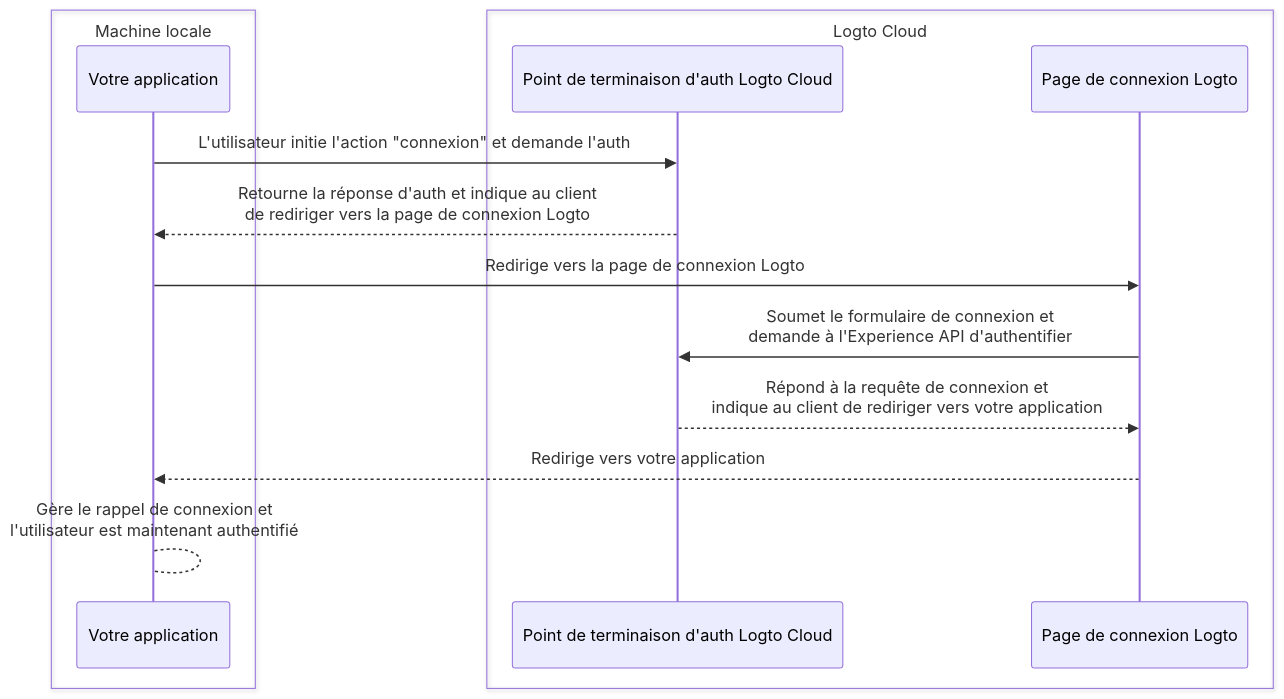
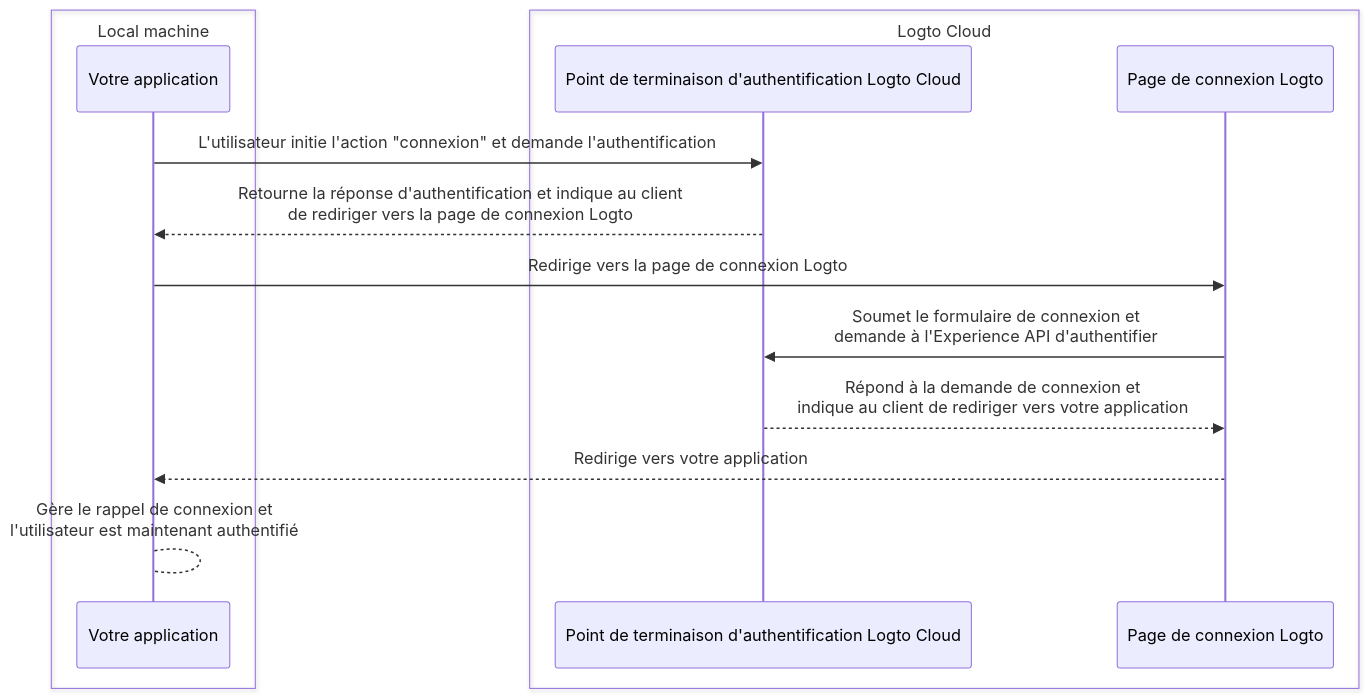
Before and after one commit to logto-io/docs: the first of 2 diagrams in i18n/fr/docusaurus-plugin-content-docs/current/customization/bring-your-ui/debug-and-test-your-custom-ui-locally.mdx, drawn with Mermaid. The commit also changed other lines of this file and 428 other files, not shown here.

````diff
--- a/i18n/fr/docusaurus-plugin-content-docs/current/customization/bring-your-ui/debug-and-test-your-custom-ui-locally.mdx
+++ b/i18n/fr/docusaurus-plugin-content-docs/current/customization/bring-your-ui/debug-and-test-your-custom-ui-locally.mdx
@@ -18,17 +18,17 @@
 ```mermaid
 sequenceDiagram
-    box Machine locale
+    box Local machine
     participant A as Votre application
     end
     box Logto Cloud
-    participant B as Point de terminaison d'auth Logto Cloud
+    participant B as Point de terminaison d'authentification Logto Cloud
     participant C as Page de connexion Logto
     end
-    A ->> B: L'utilisateur initie l'action "connexion" et demande l'auth
-    B -->> A: Retourne la réponse d'auth et indique au client<br/>de rediriger vers la page de connexion Logto
+    A ->> B: L'utilisateur initie l'action "connexion" et demande l'authentification
+    B -->> A: Retourne la réponse d'authentification et indique au client<br/>de rediriger vers la page de connexion Logto
     A ->> C: Redirige vers la page de connexion Logto
     C ->> B: Soumet le formulaire de connexion et<br/>demande à l'Experience API d'authentifier
-    B -->> C: Répond à la requête de connexion et<br/>indique au client de rediriger vers votre application
+    B -->> C: Répond à la demande de connexion et<br/>indique au client de rediriger vers votre application
     C -->> A: Redirige vers votre application
     A --> A: Gère le rappel de connexion et<br/>l'utilisateur est maintenant authentifié
 ```
````
